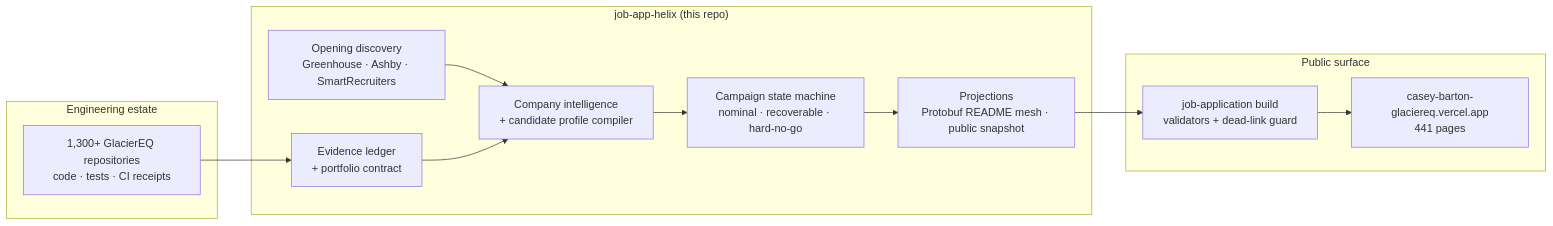
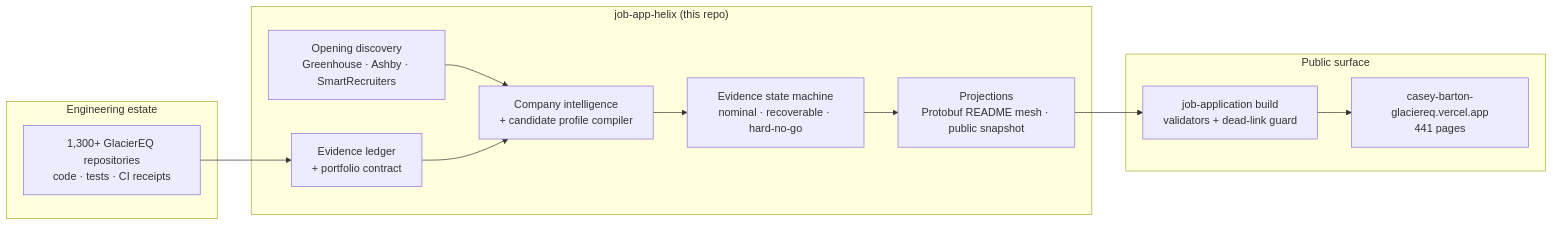
The diagram in README.md (GlacierEQ/job-app-helix), drawn with Mermaid before and after one commit. The commit also changed other lines of this file and 16 other files, not shown here.

````diff
--- a/README.md
+++ b/README.md
@@ -22,21 +28,21 @@
 ```mermaid
 flowchart LR
     subgraph Estate["Engineering estate"]
         R["1,300+ GlacierEQ repositories<br/>code · tests · CI receipts"]
     end
     subgraph Helix["job-app-helix (this repo)"]
         D["Opening discovery<br/>Greenhouse · Ashby · SmartRecruiters"]
         L["Evidence ledger<br/>+ portfolio contract"]
         C["Company intelligence<br/>+ candidate profile compiler"]
-        F["Campaign state machine<br/>nominal · recoverable · hard-no-go"]
+        F["Evidence state machine<br/>nominal · recoverable · hard-no-go"]
         P["Projections<br/>Protobuf README mesh · public snapshot"]
     end
     subgraph Surface["Public surface"]
         J["job-application build<br/>validators + dead-link guard"]
         V["casey-barton-glaciereq.vercel.app<br/>441 pages"]
     end
     R --> L
     D --> C
     L --> C --> F
     F --> P --> J --> V
 ```
````
